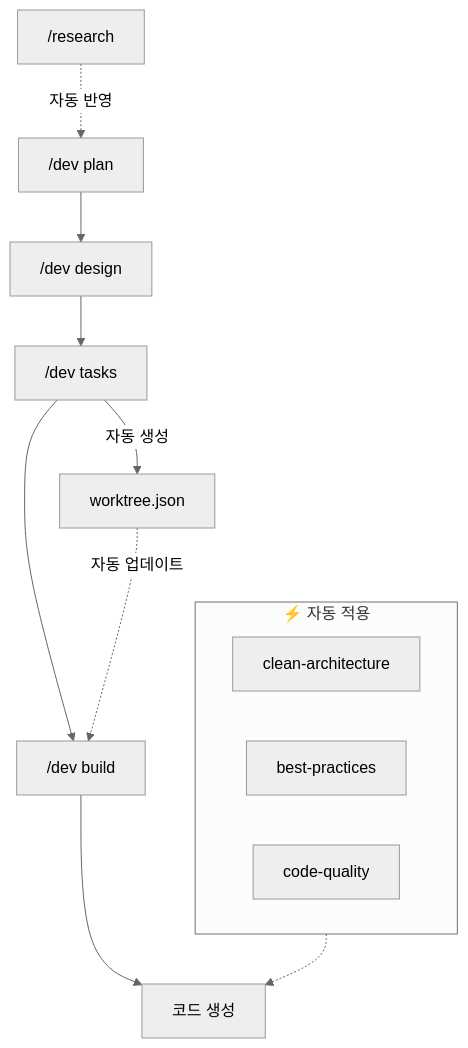
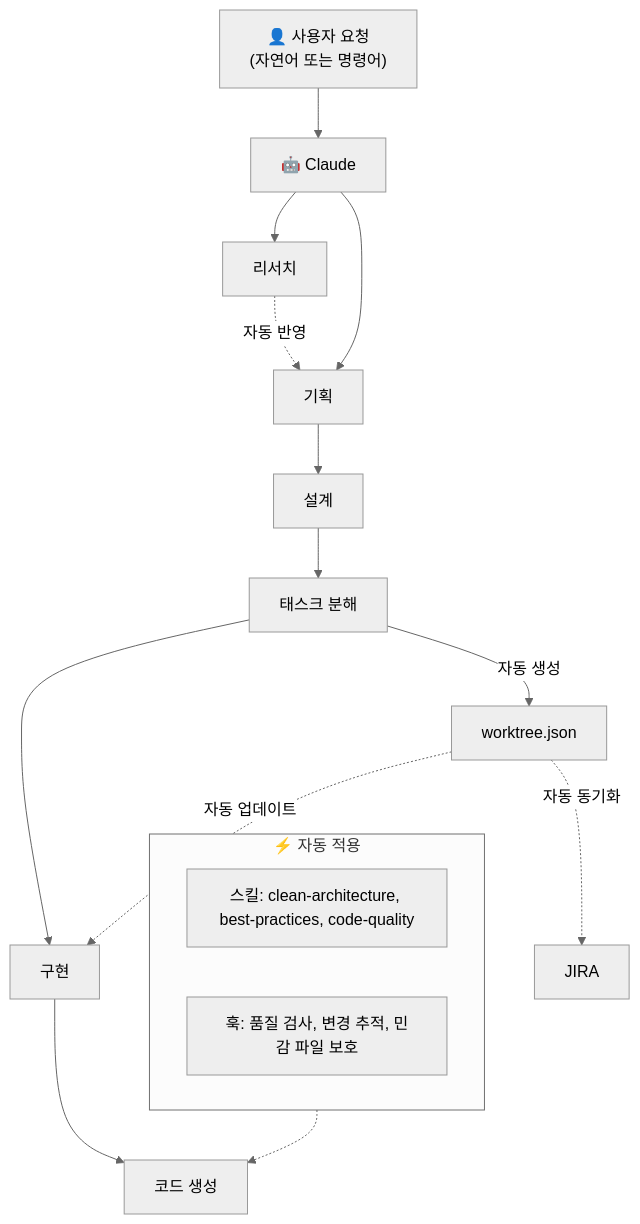
The second of 2 diagrams in CLAUDE.md (Wondermove-Inc/calab-claude-plugin), drawn with Mermaid (neutral theme) before and after one commit. The commit also changed other lines of this file and 14 other files, not shown here.

````diff
--- a/CLAUDE.md
+++ b/CLAUDE.md
@@ -142,19 +237,23 @@
 ```mermaid
 flowchart TB
-    R["/research"] -.->|자동 반영| D1
+    U["👤 사용자 요청<br/>(자연어 또는 명령어)"] --> C["🤖 Claude"]
 
-    D1["/dev plan"] --> D2["/dev design"]
-    D2 --> D3["/dev tasks"]
+    C --> R["리서치"]
+    R -.->|자동 반영| D1
+
+    C --> D1["기획"]
+    D1 --> D2["설계"]
+    D2 --> D3["태스크 분해"]
     D3 -->|자동 생성| W["worktree.json"]
-    D3 --> D4["/dev build"]
+    D3 --> D4["구현"]
     W -.->|자동 업데이트| D4
+    W -.->|자동 동기화| J["JIRA"]
     D4 --> Code["코드 생성"]
 
-    subgraph Skills["⚡ 자동 적용"]
-        S1["clean-architecture"]
-        S2["best-practices"]
-        S3["code-quality"]
+    subgraph Auto["⚡ 자동 적용"]
+        S1["스킬: clean-architecture, best-practices, code-quality"]
+        H1["훅: 품질 검사, 변경 추적, 민감 파일 보호"]
     end
 
-    Skills -.-> Code
+    Auto -.-> Code
 ```
````
